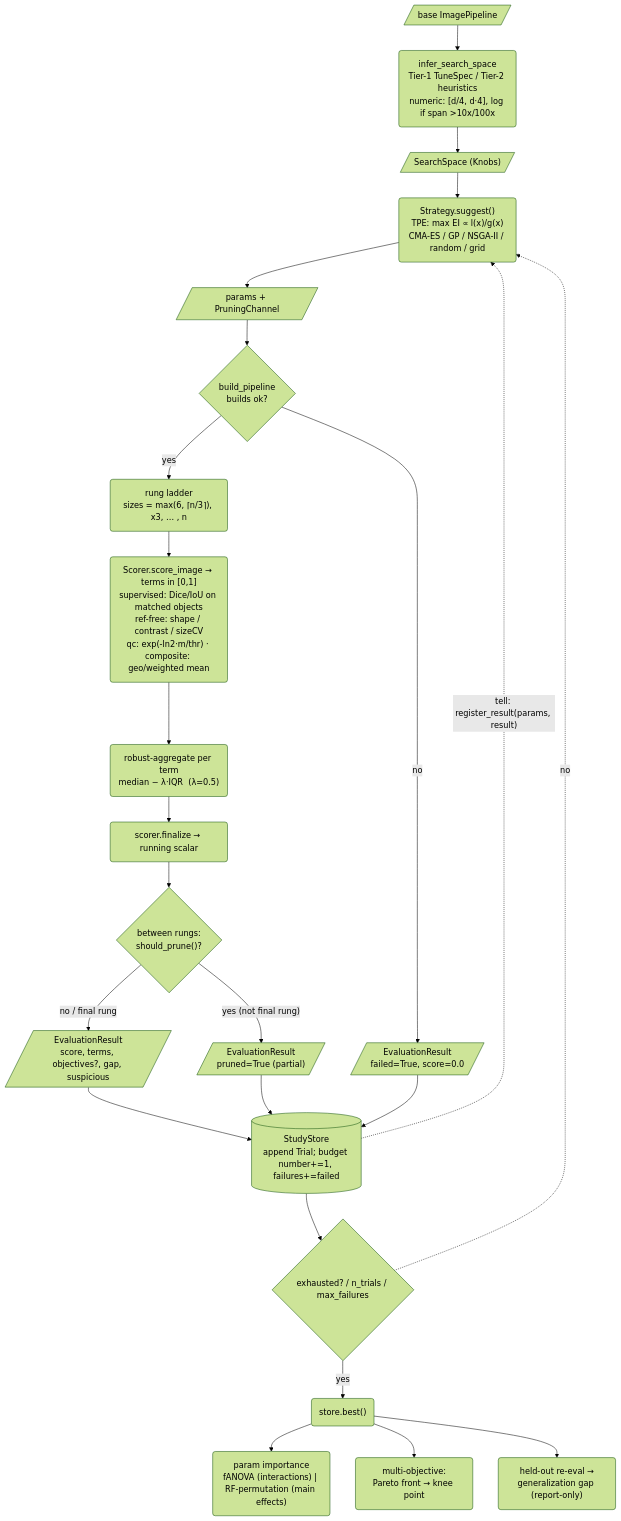
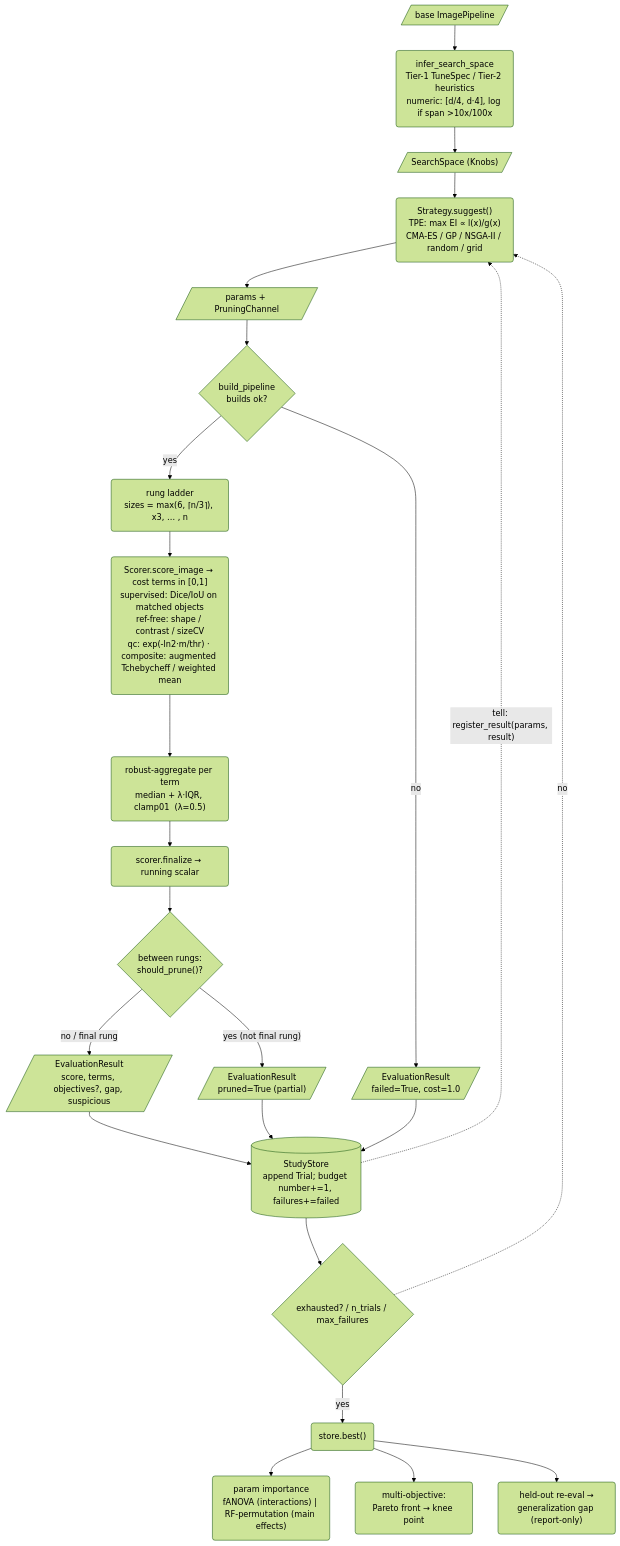
One commit to exfab/PhenoTypic changed the first of 2 diagrams in docs/superpowers/explain/tune-with-optuna.graph.md. Above: the diagram before and after it, drawn with Mermaid (forest theme). The commit also changed other lines of this file, not shown here.

Commit message:
docs(tune): update tune data-flow graph for cost convention

````diff
--- a/docs/superpowers/explain/tune-with-optuna.graph.md
+++ b/docs/superpowers/explain/tune-with-optuna.graph.md
@@ -41,47 +41,47 @@
 ```mermaid
 flowchart TD
     %% ---- one-time setup ----
     PIPE[/"base ImagePipeline"/]
     INFER("infer_search_space<br/>Tier-1 TuneSpec / Tier-2 heuristics<br/>numeric: [d/4, d·4], log if span &gt;10x/100x")
     SPACE[/"SearchSpace (Knobs)"/]
     PIPE --> INFER --> SPACE
 
     %% ---- ask-and-tell loop ----
     SPACE --> STRAT
     STRAT("Strategy.suggest()<br/>TPE: max EI ∝ l(x)/g(x)<br/>CMA-ES / GP / NSGA-II / random / grid")
     PARAMS[/"params + PruningChannel"/]
     STRAT --> PARAMS
 
     PARAMS --> BUILD{"build_pipeline<br/>builds ok?"}
-    BUILD -- no --> FAIL[/"EvaluationResult<br/>failed=True, score=0.0"/]
+    BUILD -- no --> FAIL[/"EvaluationResult<br/>failed=True, cost=1.0"/]
     BUILD -- yes --> RUNG
 
     RUNG("rung ladder<br/>sizes = max(6, ⌈n/3⌉), x3, … , n")
-    SCORE("Scorer.score_image → terms in [0,1]<br/>supervised: Dice/IoU on matched objects<br/>ref-free: shape / contrast / sizeCV<br/>qc: exp(-ln2·m/thr) · composite: geo/weighted mean")
-    AGG("robust-aggregate per term<br/>median − λ·IQR  (λ=0.5)")
+    SCORE("Scorer.score_image → cost terms in [0,1]<br/>supervised: Dice/IoU on matched objects<br/>ref-free: shape / contrast / sizeCV<br/>qc: exp(-ln2·m/thr) · composite: augmented Tchebycheff / weighted mean")
+    AGG("robust-aggregate per term<br/>median + λ·IQR, clamp01  (λ=0.5)")
     FINAL("scorer.finalize → running scalar")
     PRUNE{"between rungs:<br/>should_prune()?"}
 
     RUNG --> SCORE --> AGG --> FINAL --> PRUNE
     PRUNE -- "yes (not final rung)" --> PARTIAL[/"EvaluationResult<br/>pruned=True (partial)"/]
     PRUNE -- "no / final rung" --> RESULT[/"EvaluationResult<br/>score, terms, objectives?, gap, suspicious"/]
 
     RESULT --> STORE
     PARTIAL --> STORE
     FAIL --> STORE
     STORE[("StudyStore<br/>append Trial; budget number+=1, failures+=failed")]
 
     STORE -. "tell: register_result(params, result)" .-> STRAT
     STORE --> EXH{"exhausted? / n_trials / max_failures"}
     EXH -. "no" .-> STRAT
     EXH -- yes --> BEST
 
     %% ---- one-time finalize ----
     BEST("store.best()")
     IMP("param importance<br/>fANOVA (interactions) | RF-permutation (main effects)")
     PARETO("multi-objective:<br/>Pareto front → knee point")
     GEN("held-out re-eval →<br/>generalization gap (report-only)")
     BEST --> IMP
     BEST --> PARETO
     BEST --> GEN
 ```
````
